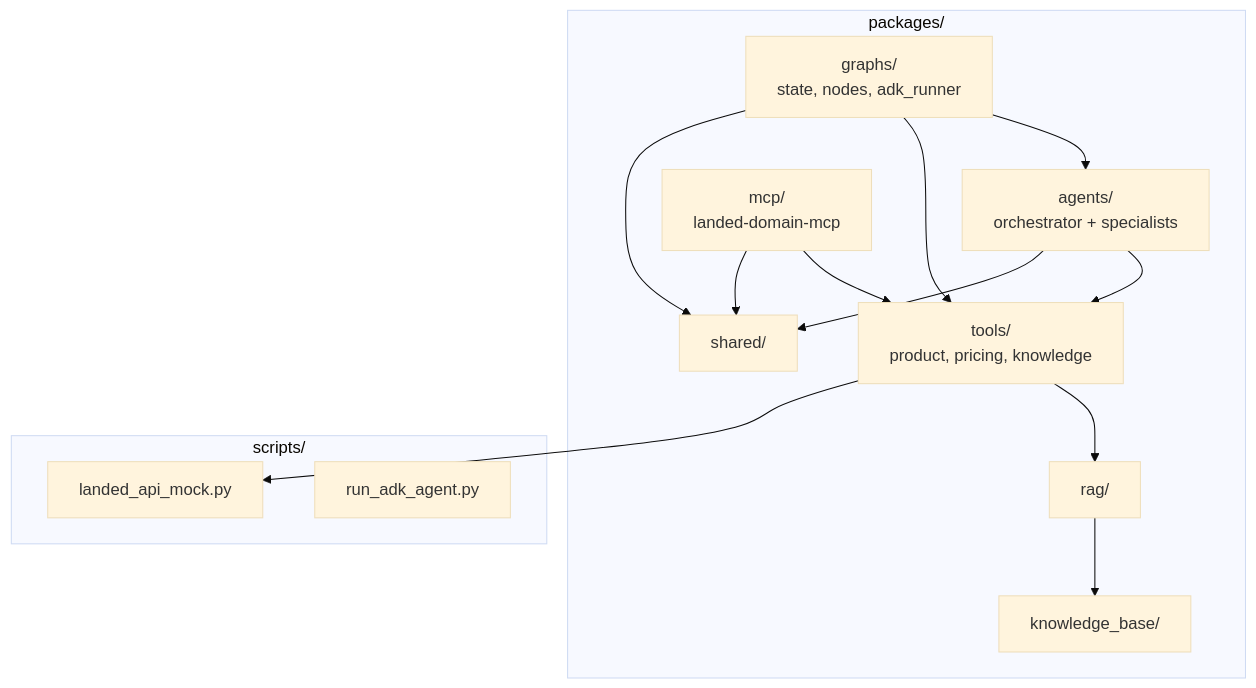
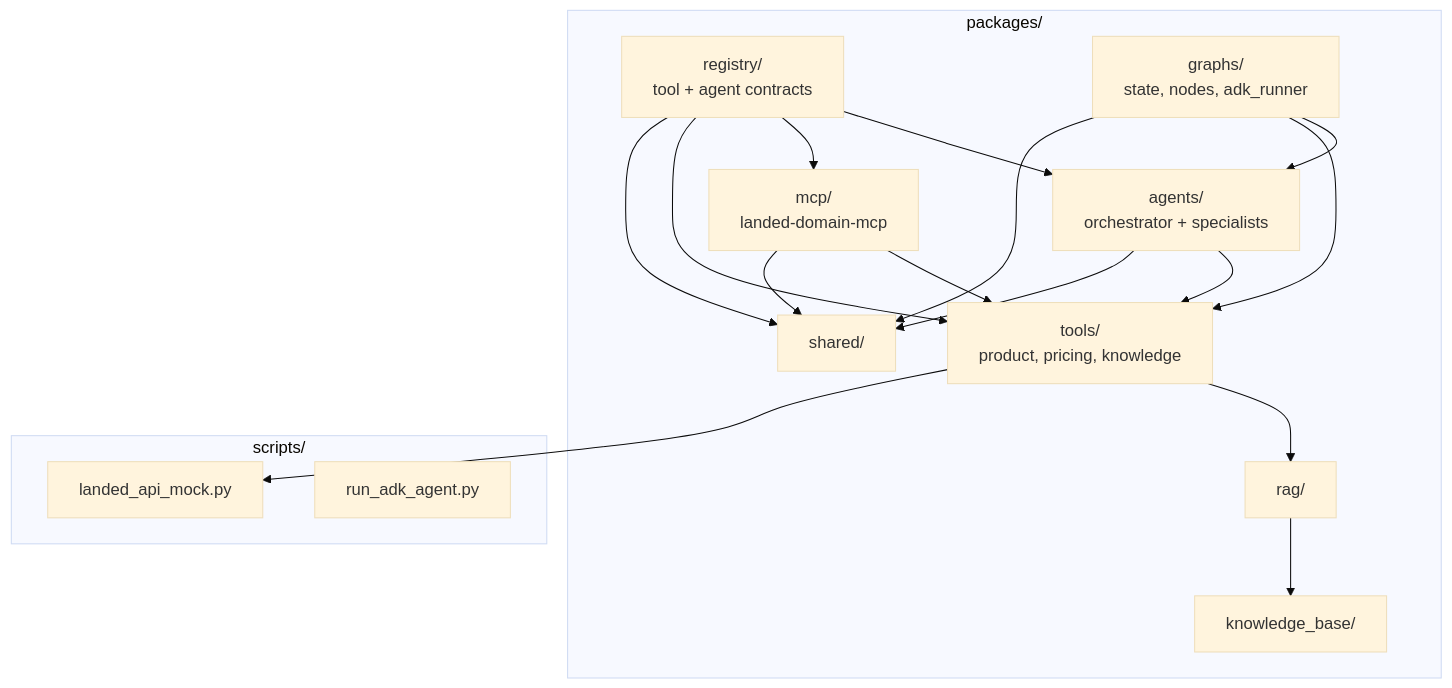
One commit to luisfm44/landed-agent changed the tenth of 11 diagrams in docs/architecture-diagram.md. Above: the diagram before and after it, drawn with Mermaid (base theme). The commit also changed other lines of this file and 2 other files, not shown here.

First line of the commit message:
Document the system-level tool and agent registry.

````diff
--- a/docs/architecture-diagram.md
+++ b/docs/architecture-diagram.md
@@ -251,28 +260,33 @@
 ```mermaid
 flowchart TB
     subgraph packages [packages/]
+        REG[registry/<br/>tool + agent contracts]
         GRAPHS[graphs/<br/>state, nodes, adk_runner]
         AGENTS[agents/<br/>orchestrator + specialists]
         MCP[mcp/<br/>landed-domain-mcp]
         TOOLS[tools/<br/>product, pricing, knowledge]
         KB[knowledge_base/]
         RAG[rag/]
         SHARED[shared/]
     end
 
     subgraph scripts [scripts/]
         MOCK[landed_api_mock.py]
         ADKDEV[run_adk_agent.py]
     end
 
+    REG --> AGENTS
+    REG --> MCP
+    REG --> TOOLS
     GRAPHS --> AGENTS
     GRAPHS --> TOOLS
     AGENTS --> TOOLS
     MCP --> TOOLS
     TOOLS --> RAG
     TOOLS --> MOCK
     RAG --> KB
     GRAPHS --> SHARED
     AGENTS --> SHARED
     MCP --> SHARED
+    REG --> SHARED
 ```
````
